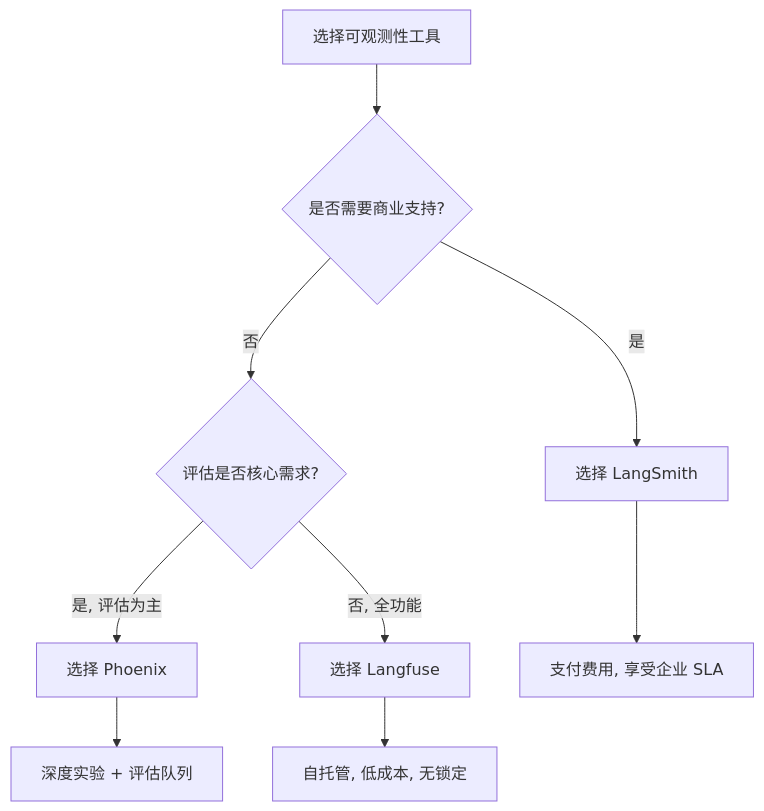
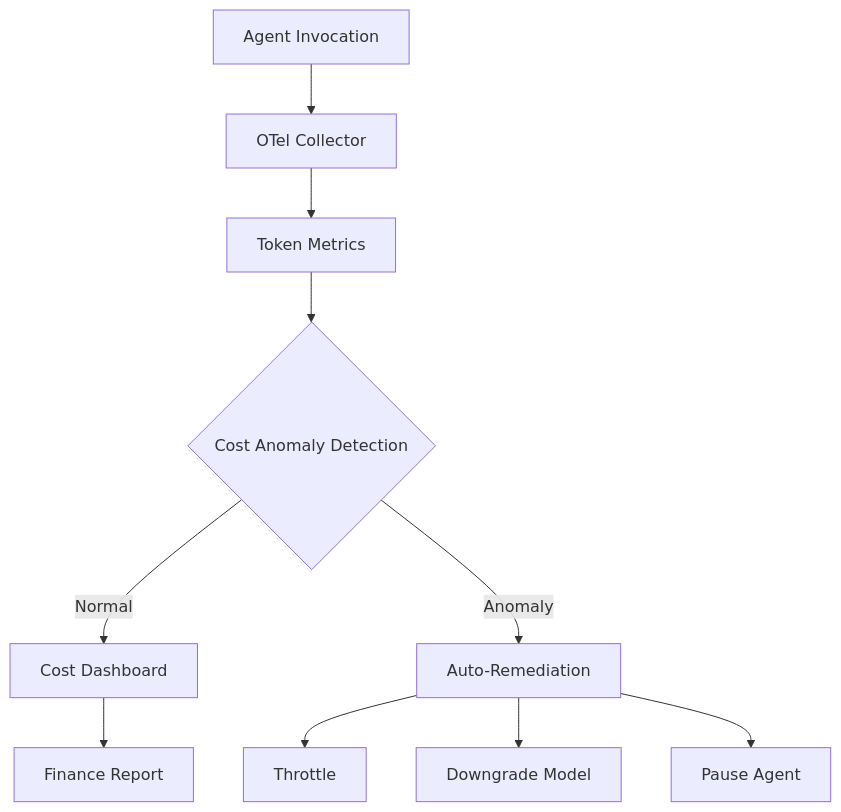
The fourth of 4 diagrams in reports/methodology/agent-operations.md (wqwz111/Tech-Researcher), drawn with Mermaid before and after one commit. The commit also changed other lines of this file and 2 other files, not shown here.

Commit message:
📊 Report: Agent 运维从 0 到 1（v20260320-ops）

````diff
--- a/reports/methodology/agent-operations.md
+++ b/reports/methodology/agent-operations.md
@@ -354,13 +282,12 @@
 ```mermaid
 flowchart TD
-    A[选择可观测性工具] --> B{是否需要商业支持?}
-    B -->|是| C[选择 LangSmith]
-    
-    B -->|否| D{评估是否核心需求?}
-    D -->|是, 评估为主| E[选择 Phoenix]
-    D -->|否, 全功能| F[选择 Langfuse]
-    
-    C --> G[支付费用, 享受企业 SLA]
-    E --> H[深度实验 + 评估队列]
-    F --> I[自托管, 低成本, 无锁定]
+    A[Agent Invocation] --> B[OTel Collector]
+    B --> C[Token Metrics]
+    C --> D{Cost Anomaly Detection}
+    D -->|Normal| E[Cost Dashboard]
+    D -->|Anomaly| F[Auto-Remediation]
+    F --> G[Throttle]
+    F --> H[Downgrade Model]
+    F --> I[Pause Agent]
+    E --> J[Finance Report]
 ```
````
